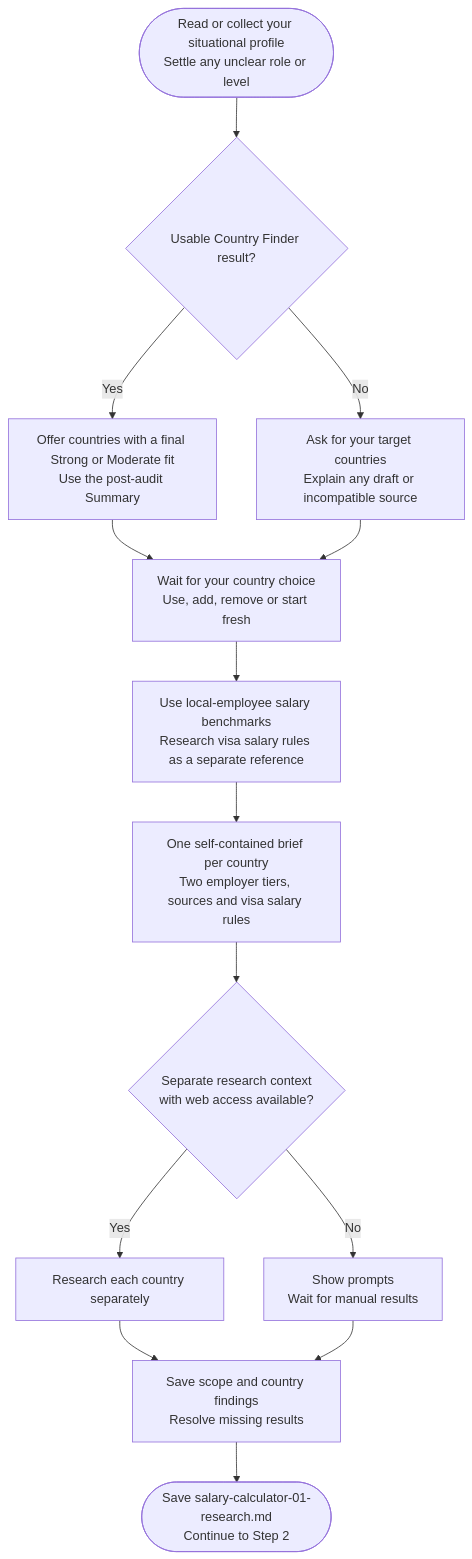
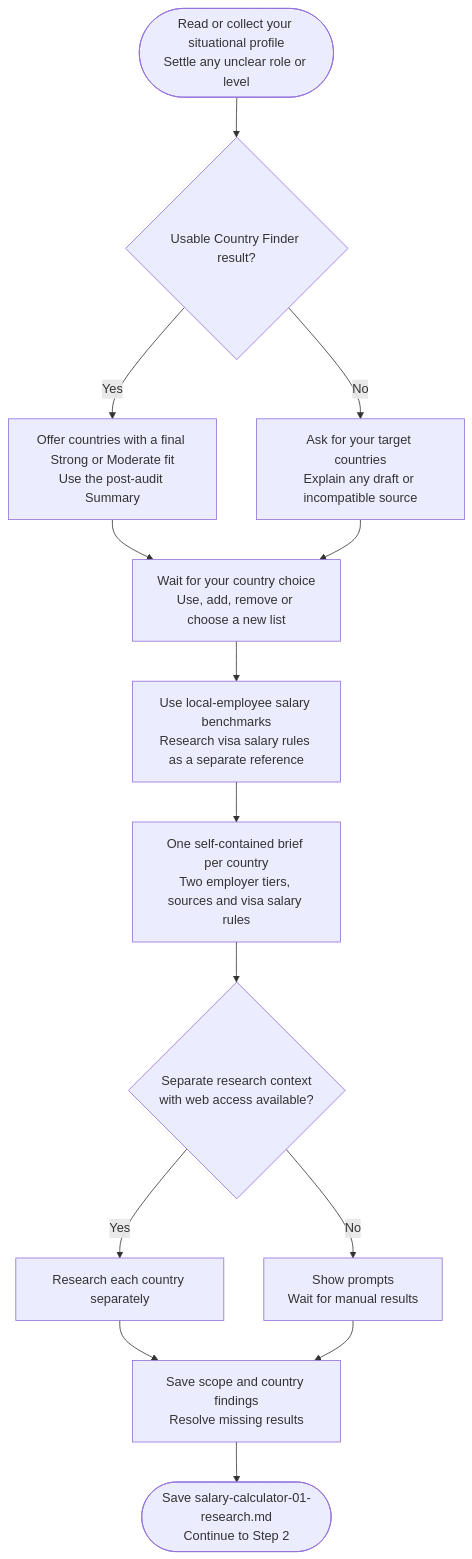
One commit to myowinthein/agent-compass changed the diagram in docs/commands/salary-calculator/step1-research-prompt-generator/detailed.md. Above: the diagram before and after it, drawn with Mermaid. The commit also changed other lines of this file and 10 other files, not shown here.

````diff
--- a/docs/commands/salary-calculator/step1-research-prompt-generator/detailed.md
+++ b/docs/commands/salary-calculator/step1-research-prompt-generator/detailed.md
@@ -23,16 +25,16 @@
 ```mermaid
 flowchart TD
   Start(["Read or collect your situational profile<br/>Settle any unclear role or level"]) --> CF{"Usable Country Finder result?"}
   CF -->|Yes| Offer["Offer countries with a final Strong or Moderate fit<br/>Use the post-audit Summary"]
   CF -->|No| ManualList["Ask for your target countries<br/>Explain any draft or incompatible source"]
-  Offer --> Confirm["Wait for your country choice<br/>Use, add, remove or start fresh"]
+  Offer --> Confirm["Wait for your country choice<br/>Use, add, remove or choose a new list"]
   ManualList --> Confirm
   Confirm --> Scope["Use local-employee salary benchmarks<br/>Research visa salary rules as a separate reference"]
   Scope --> Brief["One self-contained brief per country<br/>Two employer tiers, sources and visa salary rules"]
   Brief --> Cap{"Separate research context<br/>with web access available?"}
   Cap -->|Yes| Tasks["Research each country separately"]
   Cap -->|No| Manual["Show prompts<br/>Wait for manual results"]
   Tasks --> Collect["Save scope and country findings<br/>Resolve missing results"]
   Manual --> Collect
   Collect --> Next(["Save salary-calculator-01-research.md<br/>Continue to Step 2"])
 ```
````
